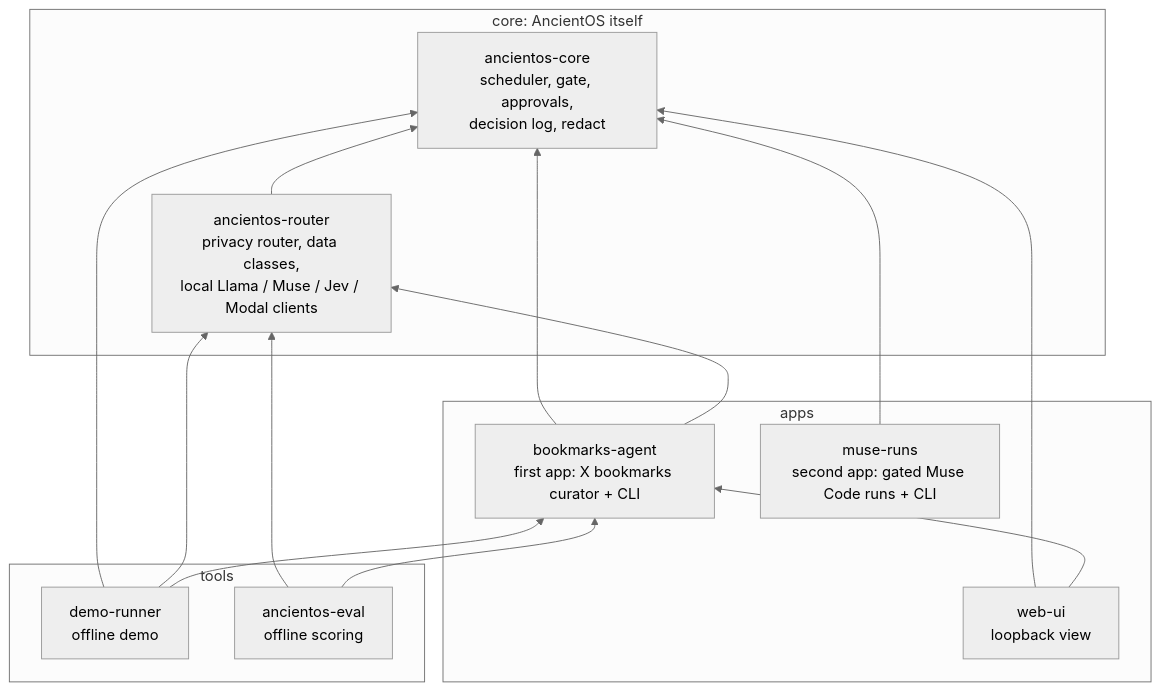
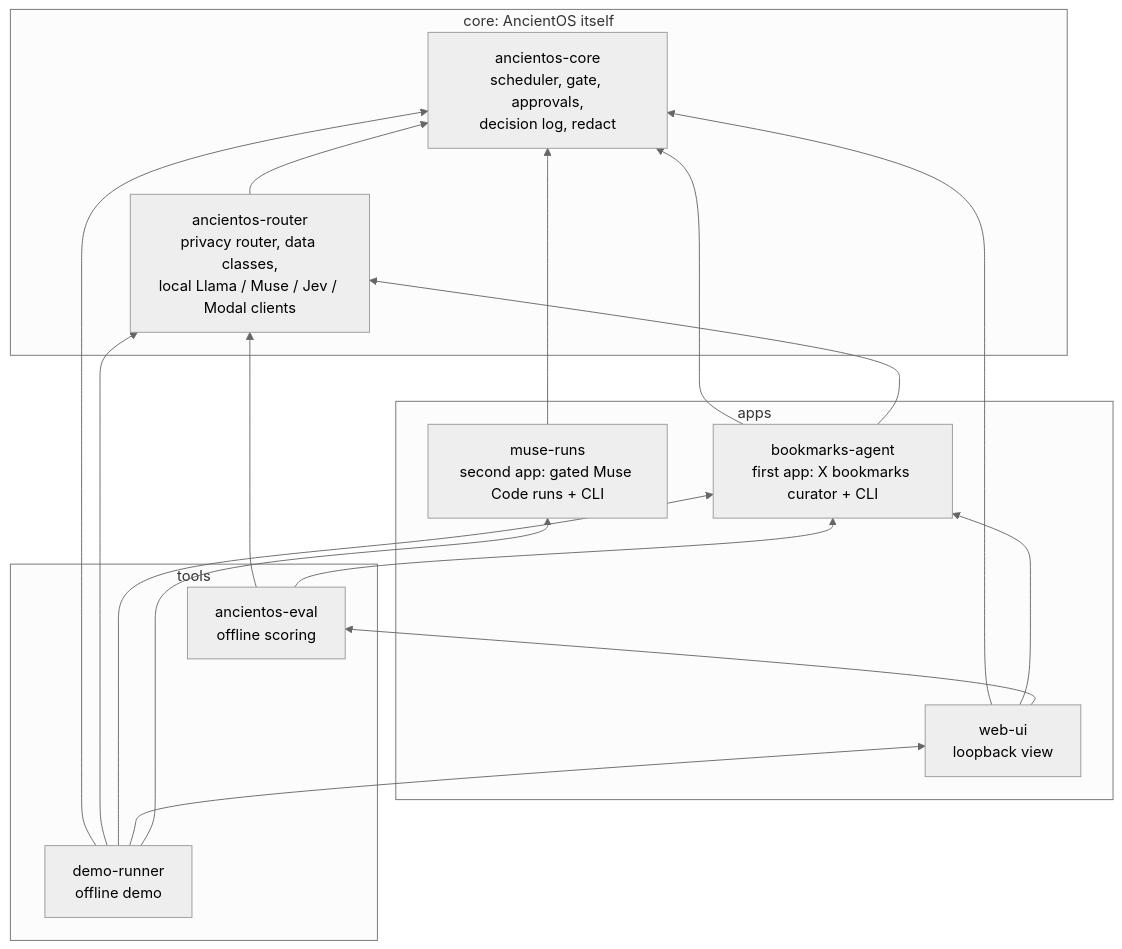
Before and after one commit to nathandavidgreene/ancientos-hackathon: the first of 3 diagrams in docs/core-and-apps.md, drawn with Mermaid (neutral theme). The commit also changed 2 other files, not shown here.

Commit message:
docs: pitch bullets match what is built (accuracy page with no improvement claim for ranking by meaning, muse-runs governs Muse Code runs, workspace lists all crates, local Llama path already works); architecture and core-and-apps diagram show demo-runner using web-ui and muse-runs, web-ui using eval. Test count line untouched

````diff
--- a/docs/core-and-apps.md
+++ b/docs/core-and-apps.md
@@ -11,27 +11,30 @@
 ```mermaid
 flowchart BT
   subgraph CORE[core: AncientOS itself]
     core[ancientos-core<br/>scheduler, gate, approvals,<br/>decision log, redact]
     router[ancientos-router<br/>privacy router, data classes,<br/>local Llama / Muse / Jev / Modal clients]
   end
   subgraph APPS[apps]
     agent[bookmarks-agent<br/>first app: X bookmarks curator + CLI]
     web[web-ui<br/>loopback view]
     muse[muse-runs<br/>second app: gated Muse Code runs + CLI]
   end
   subgraph TOOLS[tools]
     demo[demo-runner<br/>offline demo]
     eval[ancientos-eval<br/>offline scoring]
   end
   router --> core
   agent --> core
   agent --> router
   web --> core
   web --> agent
+  web --> eval
   muse --> core
   demo --> core
   demo --> router
   demo --> agent
+  demo --> web
+  demo --> muse
   eval --> router
   eval --> agent
 ```
````
